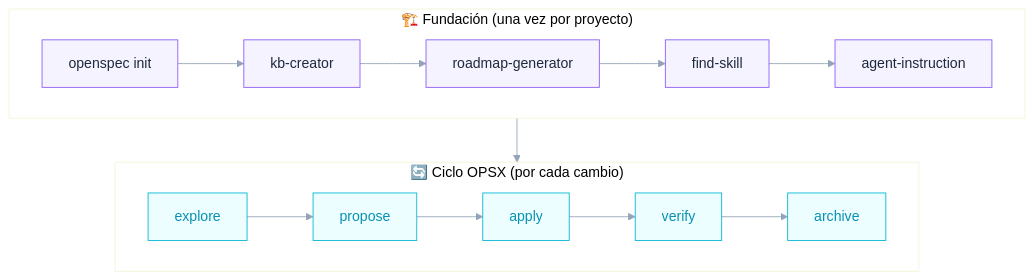
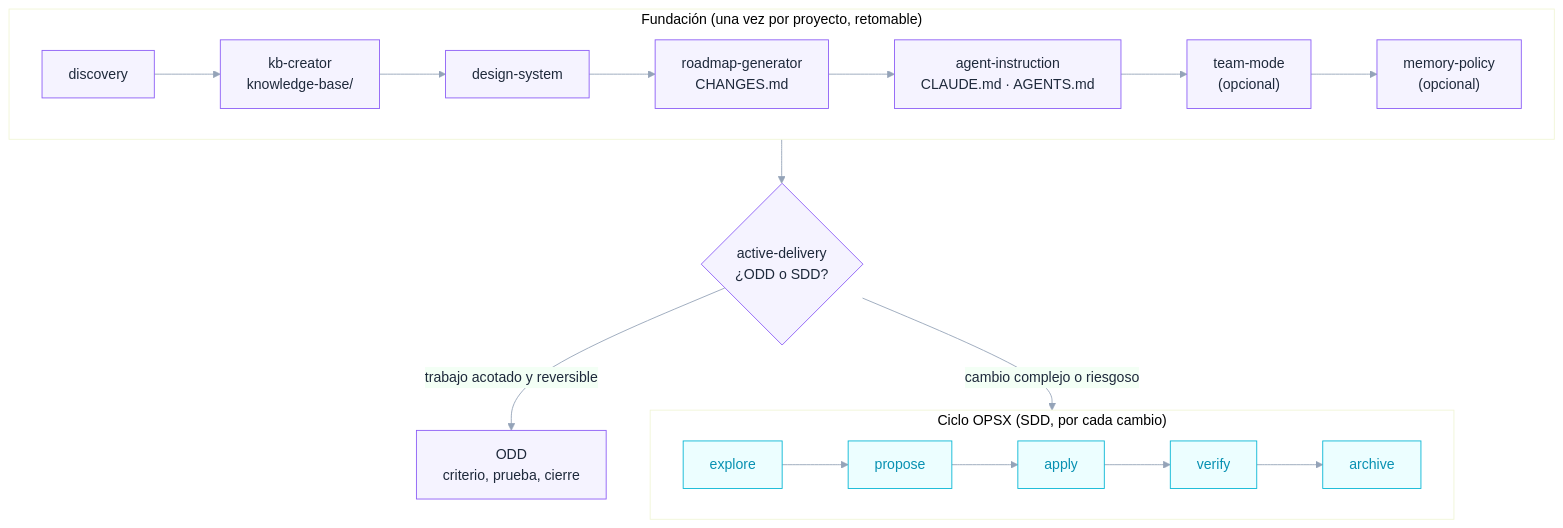
The third of 4 diagrams in README.md (Group-Active-IA/active-stack), drawn with Mermaid before and after one commit. The commit also changed other lines of this file and 2 other files, not shown here.

````diff
--- a/README.md
+++ b/README.md
@@ -284,18 +306,21 @@
 ```mermaid
 %%{init: {'theme':'base','themeVariables':{'primaryColor':'#f5f3ff','primaryBorderColor':'#8b5cf6','primaryTextColor':'#1e293b','lineColor':'#94a3b8','fontFamily':'sans-serif'}}}%%
 flowchart TD
-    subgraph FUND["🏗️ Fundación (una vez por proyecto)"]
+    subgraph FUND["Fundación (una vez por proyecto, retomable)"]
         direction LR
-        F1["openspec init"] --> F2["kb-creator"] --> F3["roadmap-generator"] --> F4["find-skill"] --> F5["agent-instruction"]
+        F1["discovery"] --> F2["kb-creator<br/>knowledge-base/"] --> F3["design-system"] --> F4["roadmap-generator<br/>CHANGES.md"] --> F5["agent-instruction<br/>CLAUDE.md · AGENTS.md"]
+        F5 --> F6["team-mode<br/>(opcional)"] --> F7["memory-policy<br/>(opcional)"]
     end
 
-    FUND --> CICLO
+    FUND --> ELIGE{"active-delivery<br/>¿ODD o SDD?"}
+    ELIGE -->|"trabajo acotado y reversible"| ODD["ODD<br/>criterio, prueba, cierre"]
+    ELIGE -->|"cambio complejo o riesgoso"| CICLO
 
-    subgraph CICLO["🔄 Ciclo OPSX (por cada cambio)"]
+    subgraph CICLO["Ciclo OPSX (SDD, por cada cambio)"]
         direction LR
         O1["explore"] --> O2["propose"] --> O3["apply"] --> O4["verify"] --> O5["archive"]
     end
 
     classDef opsx fill:#ecfeff,color:#0891b2,stroke:#06b6d4;
     class O1,O2,O3,O4,O5 opsx;
 ```
````
